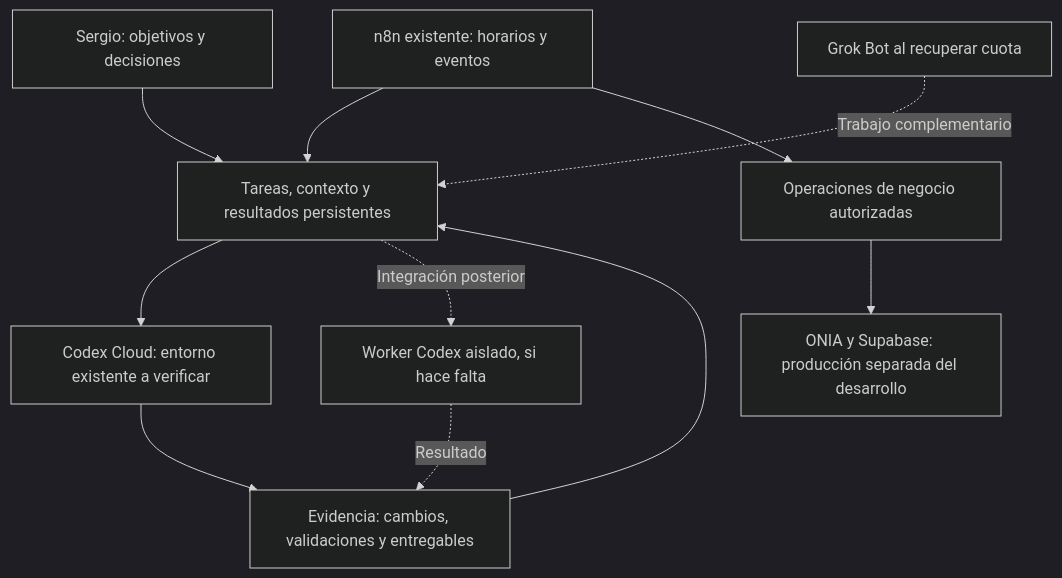
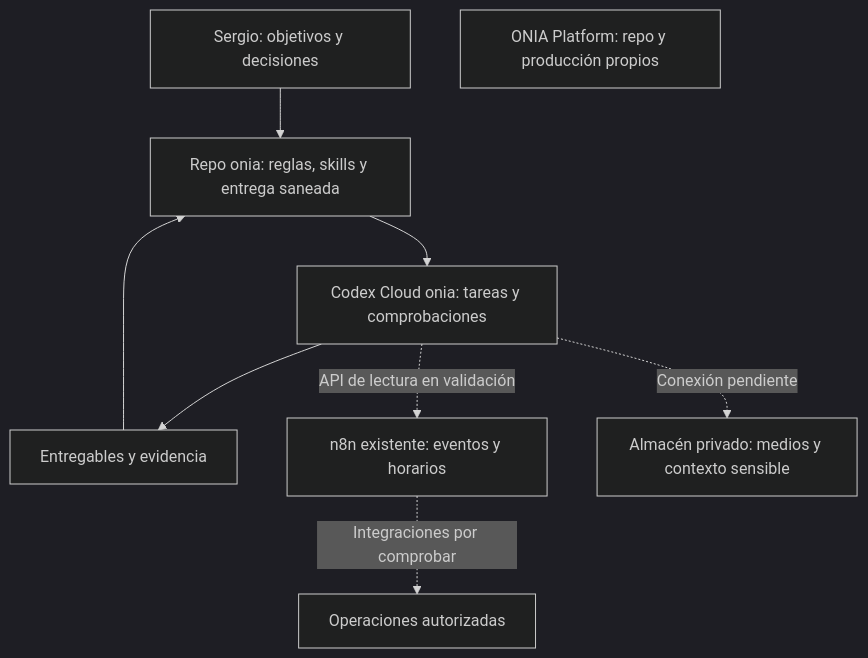
Before and after one commit to oninteligenciaartificial/onia: the diagram in _investigacion-onia/base-operativa/arquitectura.md, drawn with Mermaid (dark theme). The commit also changed other lines of this file and 13 other files, not shown here.

Commit message:
Prepare reproducible ONIA cloud setup and current architecture

````diff
--- a/_investigacion-onia/base-operativa/arquitectura.md
+++ b/_investigacion-onia/base-operativa/arquitectura.md
@@ -53,13 +9,11 @@
 ```mermaid
 flowchart TD
-    S["Sergio: objetivos y decisiones"] --> T["Tareas, contexto y resultados persistentes"]
-    T --> C["Codex Cloud: entorno existente a verificar"]
-    N["n8n existente: horarios y eventos"] --> T
-    C --> E["Evidencia: cambios, validaciones y entregables"]
-    E --> T
-    T -. "Integración posterior" .-> W["Worker Codex aislado, si hace falta"]
-    W -. "Resultado" .-> E
-    G["Grok Bot al recuperar cuota"] -. "Trabajo complementario" .-> T
-    N --> O["Operaciones de negocio autorizadas"]
-    O --> P["ONIA y Supabase: producción separada del desarrollo"]
+    S[Sergio: objetivos y decisiones] --> R[Repo onia: reglas, skills y entrega saneada]
+    R --> C[Codex Cloud onia: tareas y comprobaciones]
+    C --> E[Entregables y evidencia]
+    E --> R
+    C -. API de lectura en validación .-> N[n8n existente: eventos y horarios]
+    C -. Conexión pendiente .-> A[Almacén privado: medios y contexto sensible]
+    N -. Integraciones por comprobar .-> O[Operaciones autorizadas]
+    P[ONIA Platform: repo y producción propios]
 ```
````
